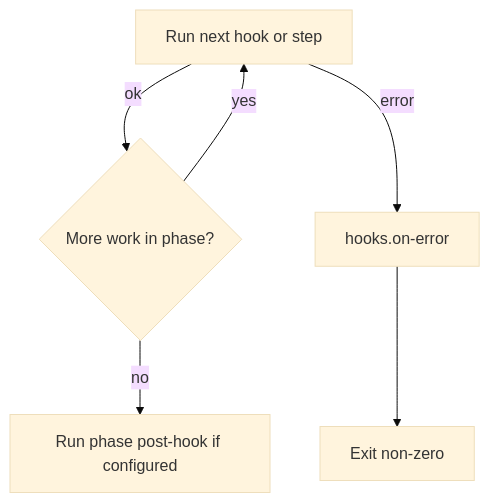
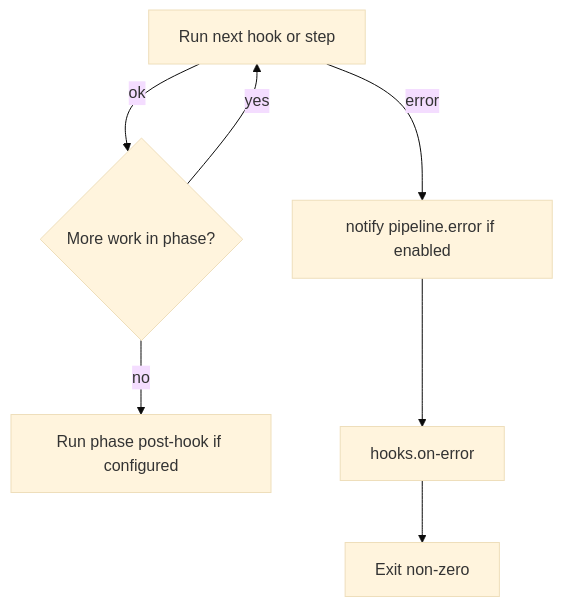
Before and after one commit to hrodrig/kzero: the fifth of 7 diagrams in docs/diagrams.md, drawn with Mermaid (base theme). The commit also changed other lines of this file and 34 other files, not shown here.

````diff
--- a/docs/diagrams.md
+++ b/docs/diagrams.md
@@ -85,8 +103,9 @@
 ```mermaid
 flowchart TD
   A[Run next hook or step] -->|ok| B{More work in phase?}
   B -->|yes| A
   B -->|no| C[Run phase post-hook if configured]
-  A -->|error| E[hooks.on-error]
+  A -->|error| N[notify pipeline.error if enabled]
+  N --> E[hooks.on-error]
   E --> F[Exit non-zero]
 ```
````
